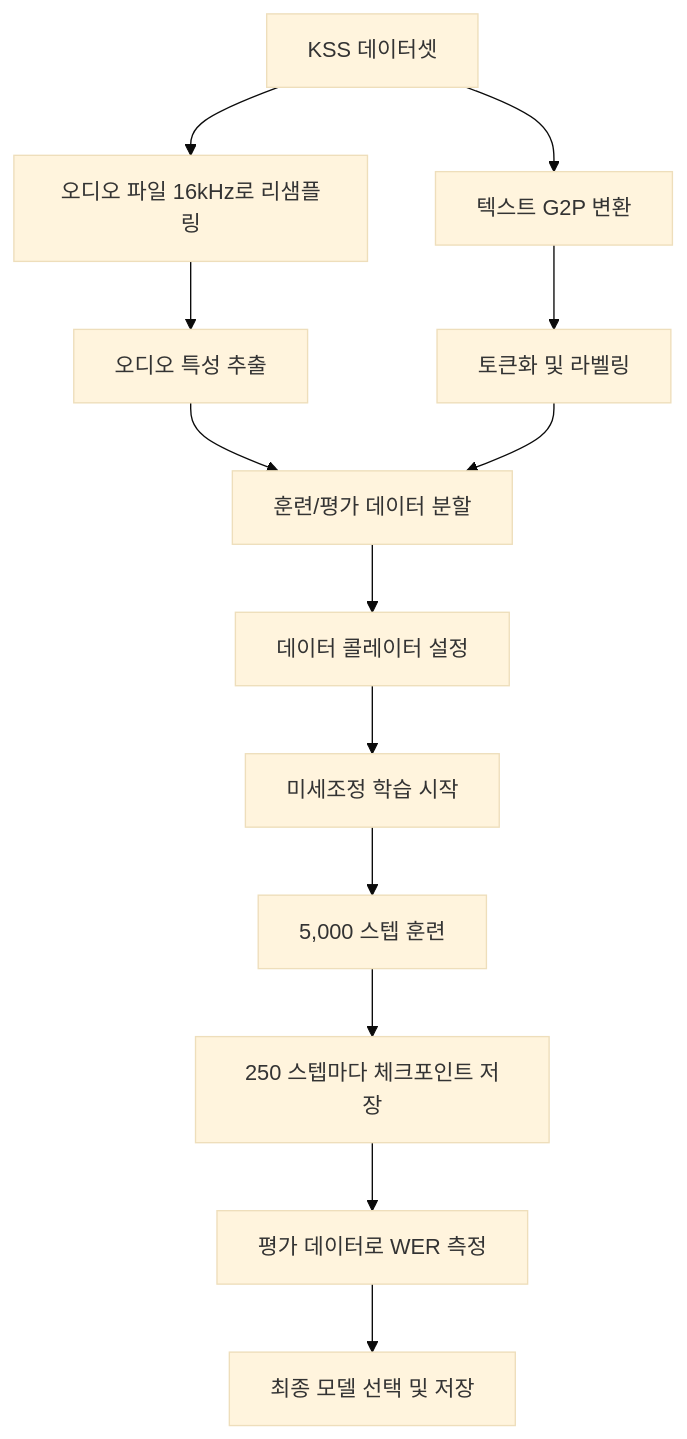
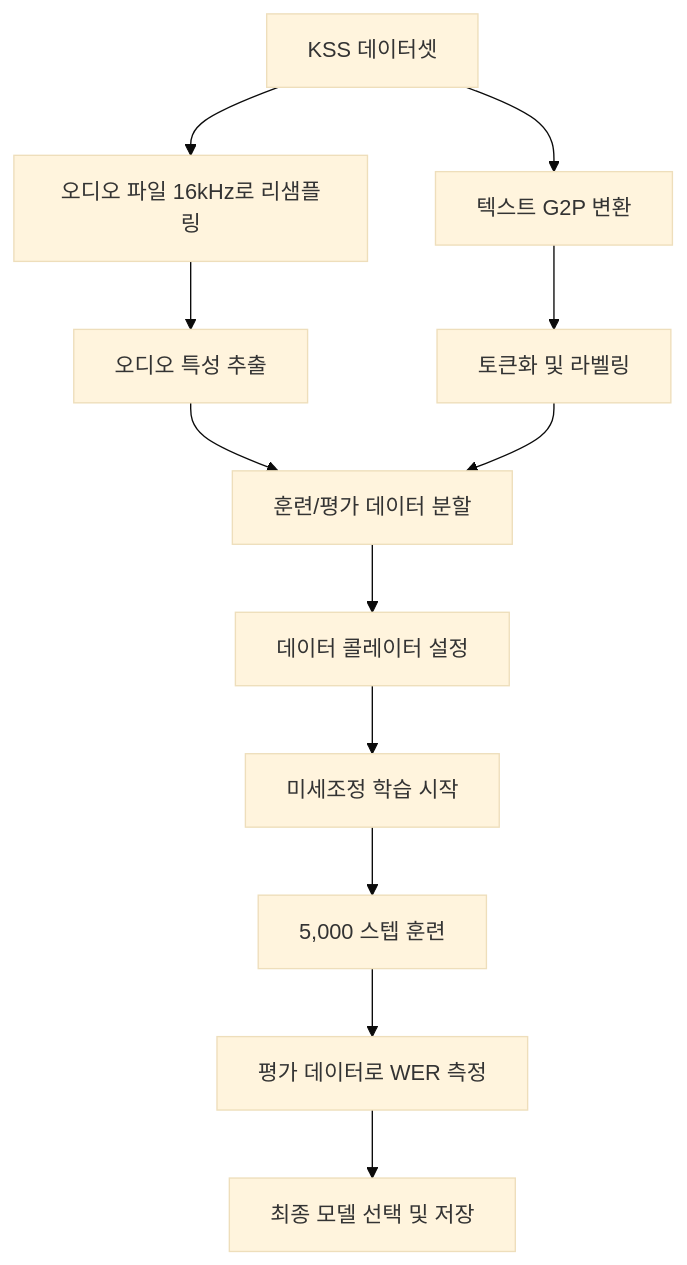
The first of 2 diagrams in README.md (DONALDSUK/whisper-ko-web), drawn with Mermaid (base theme) before and after one commit.

````diff
--- a/README.md
+++ b/README.md
@@ -45,15 +45,14 @@
 ```mermaid
 graph TD
     A[KSS 데이터셋] --> B[오디오 파일 16kHz로 리샘플링]
     A --> C[텍스트 G2P 변환]
     B --> D[오디오 특성 추출]
     C --> E[토큰화 및 라벨링]
     D --> F[훈련/평가 데이터 분할]
     E --> F
     F --> G[데이터 콜레이터 설정]
     G --> H[미세조정 학습 시작]
     H --> I[5,000 스텝 훈련]
-    I --> J[250 스텝마다 체크포인트 저장]
-    J --> K[평가 데이터로 WER 측정]
-    K --> L[최종 모델 선택 및 저장]
+    I --> J[평가 데이터로 WER 측정]
+    J --> K[최종 모델 선택 및 저장]
 ```
````
